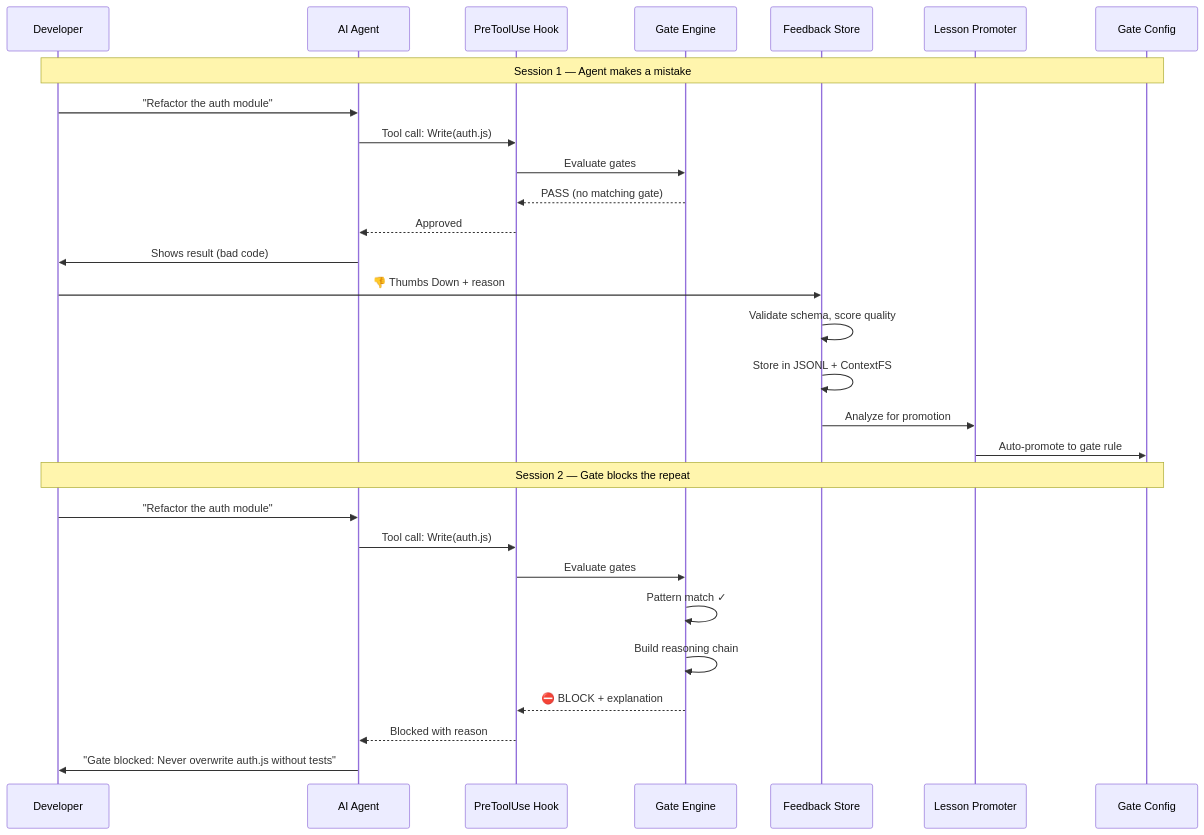
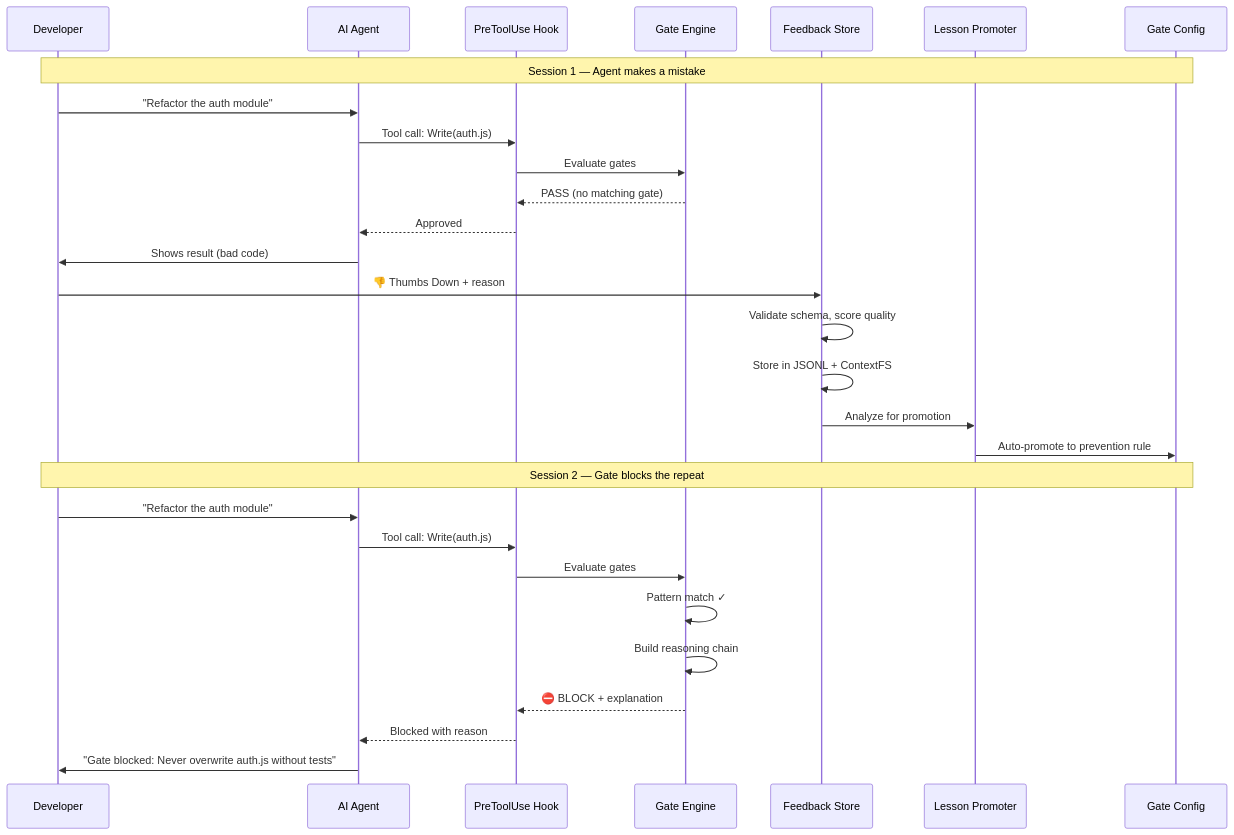
One commit to IgorGanapolsky/ThumbGate changed the diagram in docs/diagrams/feedback_pipeline.mmd. Above: the diagram before and after it, drawn with Mermaid. The commit also changed 178 other files, not shown here.

```diff
--- a/docs/diagrams/feedback_pipeline.mmd
+++ b/docs/diagrams/feedback_pipeline.mmd
@@ -1,31 +1,31 @@
 sequenceDiagram
     participant Dev as Developer
     participant Agent as AI Agent
     participant Hook as PreToolUse Hook
     participant Gate as Gate Engine
     participant FB as Feedback Store
     participant Promo as Lesson Promoter
     participant Config as Gate Config
 
     Note over Dev,Config: Session 1 — Agent makes a mistake
     Dev->>Agent: "Refactor the auth module"
     Agent->>Hook: Tool call: Write(auth.js)
     Hook->>Gate: Evaluate gates
     Gate-->>Hook: PASS (no matching gate)
     Hook-->>Agent: Approved
     Agent->>Dev: Shows result (bad code)
     Dev->>FB: 👎 Thumbs Down + reason
     FB->>FB: Validate schema, score quality
     FB->>FB: Store in JSONL + ContextFS
     FB->>Promo: Analyze for promotion
-    Promo->>Config: Auto-promote to gate rule
+    Promo->>Config: Auto-promote to prevention rule
 
     Note over Dev,Config: Session 2 — Gate blocks the repeat
     Dev->>Agent: "Refactor the auth module"
     Agent->>Hook: Tool call: Write(auth.js)
     Hook->>Gate: Evaluate gates
     Gate->>Gate: Pattern match ✓
     Gate->>Gate: Build reasoning chain
     Gate-->>Hook: ⛔ BLOCK + explanation
     Hook-->>Agent: Blocked with reason
     Agent->>Dev: "Gate blocked: Never overwrite auth.js without tests"
```
